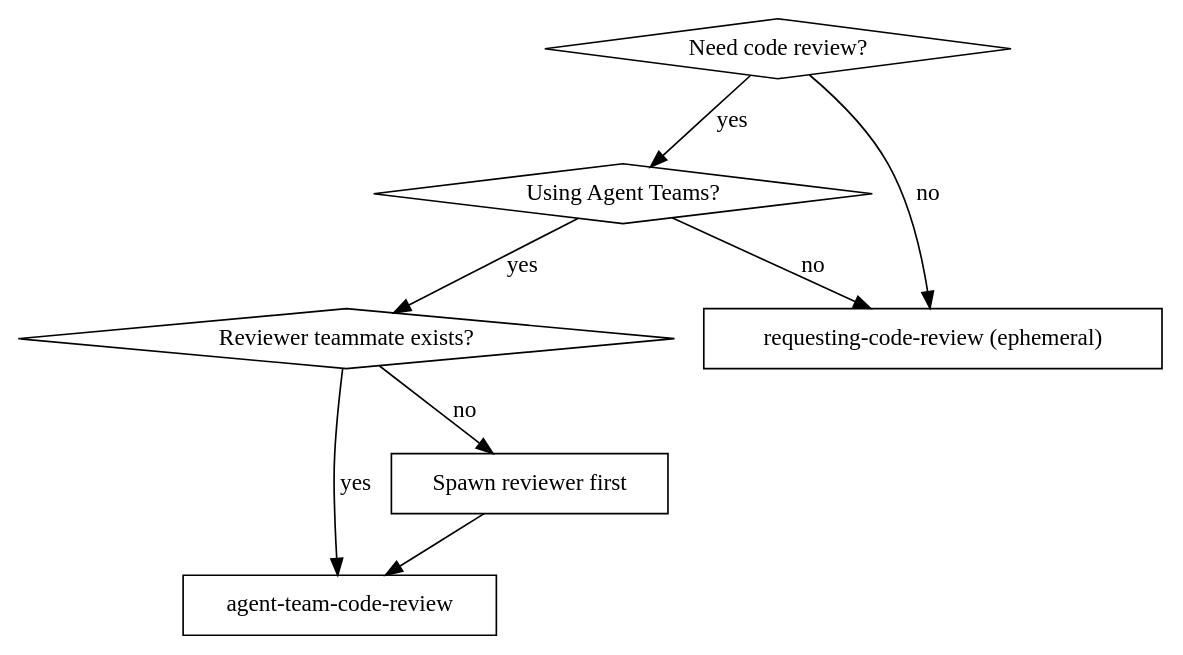
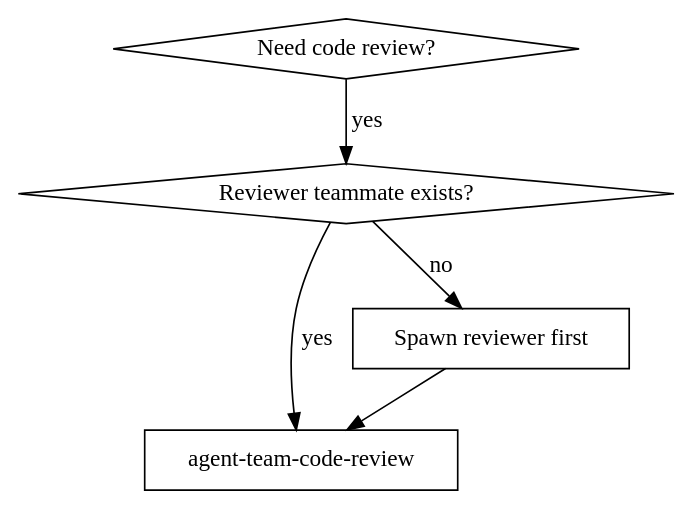
Before and after one commit to strawhatduckk/superpowers-agent-teams: the diagram in skills/agent-team-code-review/SKILL.md, drawn with Graphviz. The commit also changed other lines of this file and 46 other files, not shown here.

````diff
--- a/skills/agent-team-code-review/SKILL.md
+++ b/skills/agent-team-code-review/SKILL.md
@@ -16,18 +16,13 @@
 ```dot
 digraph when_to_use {
     "Need code review?" [shape=diamond];
-    "Using Agent Teams?" [shape=diamond];
     "Reviewer teammate exists?" [shape=diamond];
     "agent-team-code-review" [shape=box];
-    "requesting-code-review (ephemeral)" [shape=box];
     "Spawn reviewer first" [shape=box];
 
-    "Need code review?" -> "Using Agent Teams?" [label="yes"];
-    "Need code review?" -> "requesting-code-review (ephemeral)" [label="no"];
-    "Using Agent Teams?" -> "Reviewer teammate exists?" [label="yes"];
-    "Using Agent Teams?" -> "requesting-code-review (ephemeral)" [label="no"];
+    "Need code review?" -> "Reviewer teammate exists?" [label="yes"];
     "Reviewer teammate exists?" -> "agent-team-code-review" [label="yes"];
     "Reviewer teammate exists?" -> "Spawn reviewer first" [label="no"];
     "Spawn reviewer first" -> "agent-team-code-review";
 }
 ```
````
